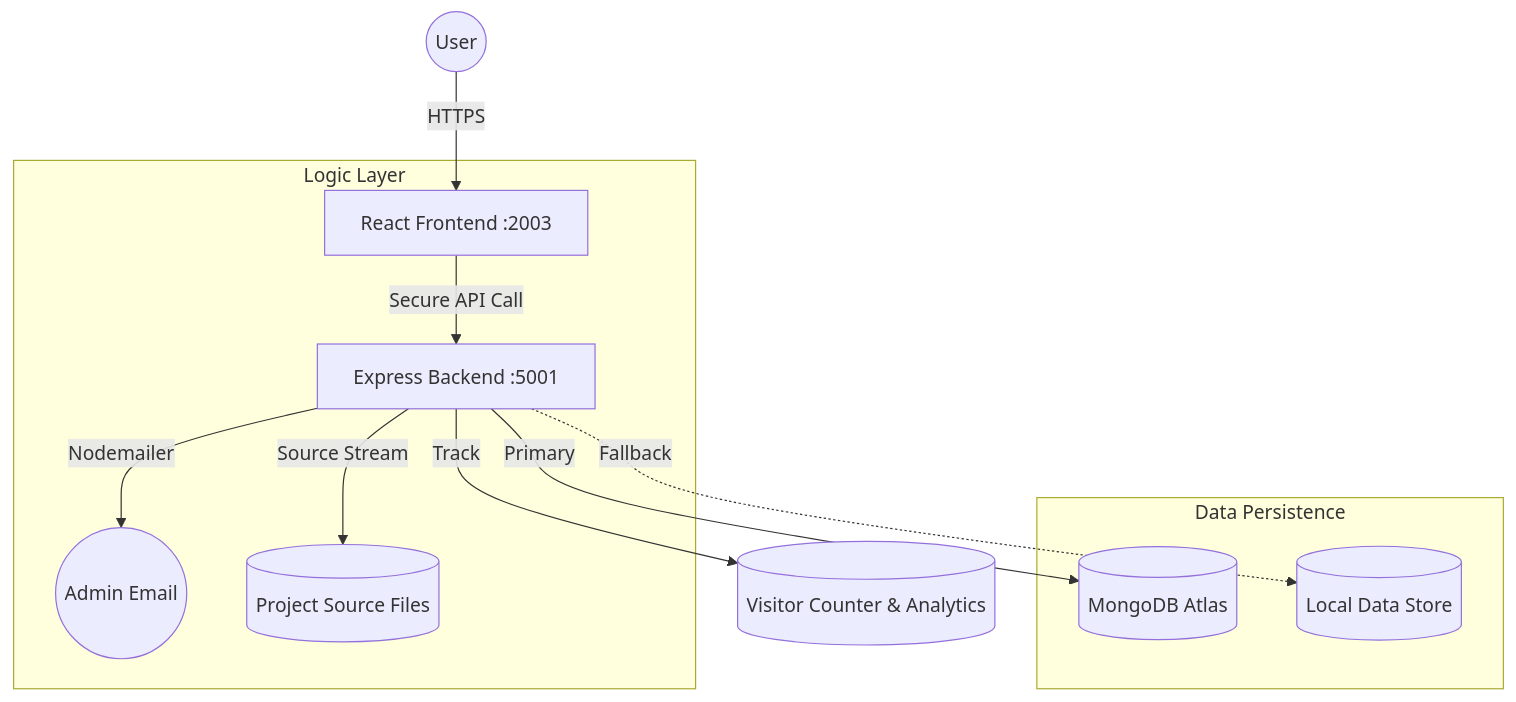
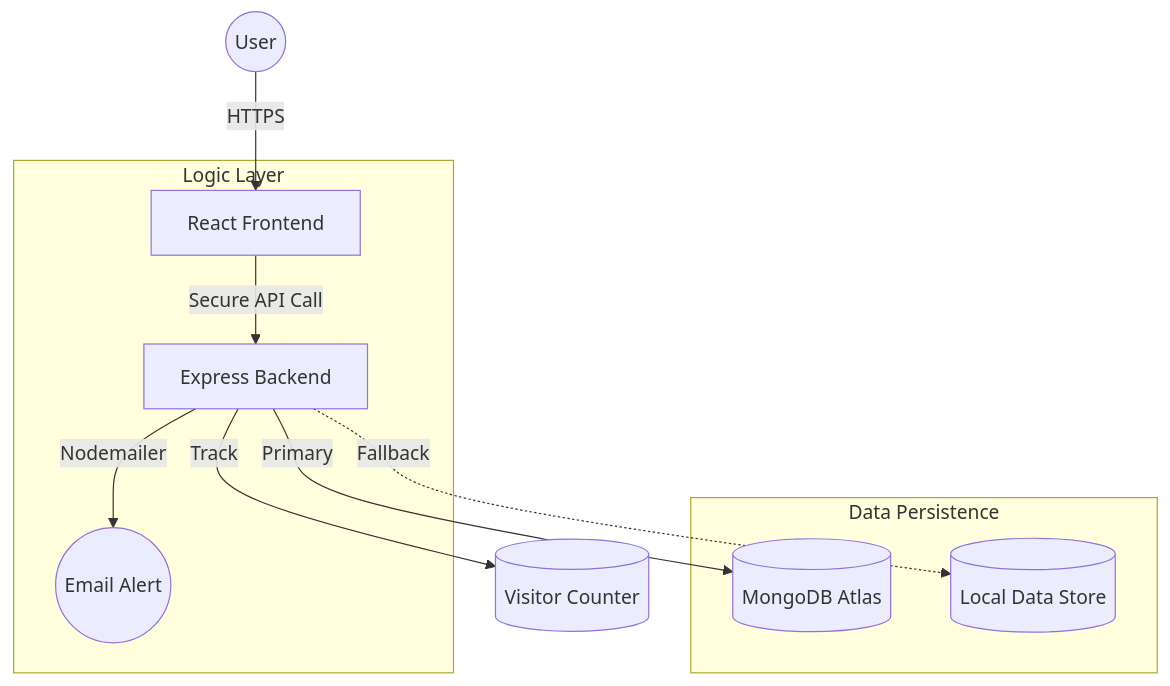
One commit to mdyasar49/mern-portfolio-yasar changed the diagram in client/public/docs/README.md. Above: the diagram before and after it, drawn with Mermaid. The commit also changed other lines of this file and 3 other files, not shown here.

````diff
--- a/client/public/docs/README.md
+++ b/client/public/docs/README.md
@@ -36,14 +33,13 @@
 ```mermaid
 graph TD
-    User((User)) -->|HTTPS| React[React Frontend :2003]
+    User((User)) -->|HTTPS| React[React Frontend]
     subgraph "Logic Layer"
-        React -->|Secure API Call| Express[Express Backend :5001]
-        Express -->|Nodemailer| AdminEmail((Admin Email))
-        Express -->|Source Stream| Files[(Project Source Files)]
+        React -->|Secure API Call| Express[Express Backend]
+        Express -->|Nodemailer| AdminEmail((Email Alert))
     end
     subgraph "Data Persistence"
         Express -->|Primary| Mongo[(MongoDB Atlas)]
         Express -.->|Fallback| JSON[(Local Data Store)]
     end
-    Express -->|Track| Stats[(Visitor Counter & Analytics)]
+    Express -->|Track| Stats[(Visitor Counter)]
 ```
````
